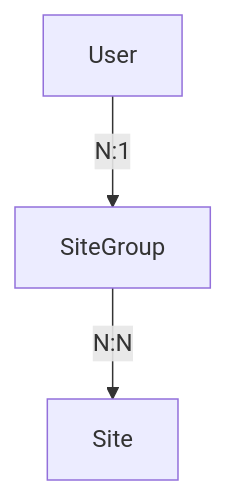
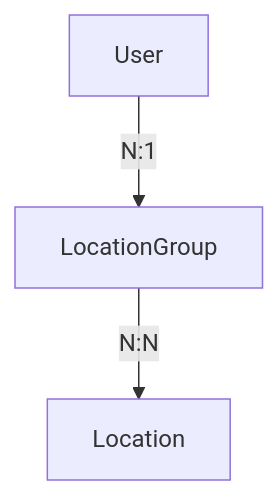
The second of 7 diagrams in README.md (openclimatefix/pv-site-datamodel), drawn with Mermaid before and after one commit. The commit also changed other lines of this file, not shown here.

````diff
--- a/README.md
+++ b/README.md
@@ -325,5 +340,5 @@
 ```mermaid
   graph TD;
-      User-- N:1 -->SiteGroup;
-      SiteGroup-- N:N -->Site;
+      User-- N:1 -->LocationGroup;
+      LocationGroup-- N:N -->Location;
 ```
````
